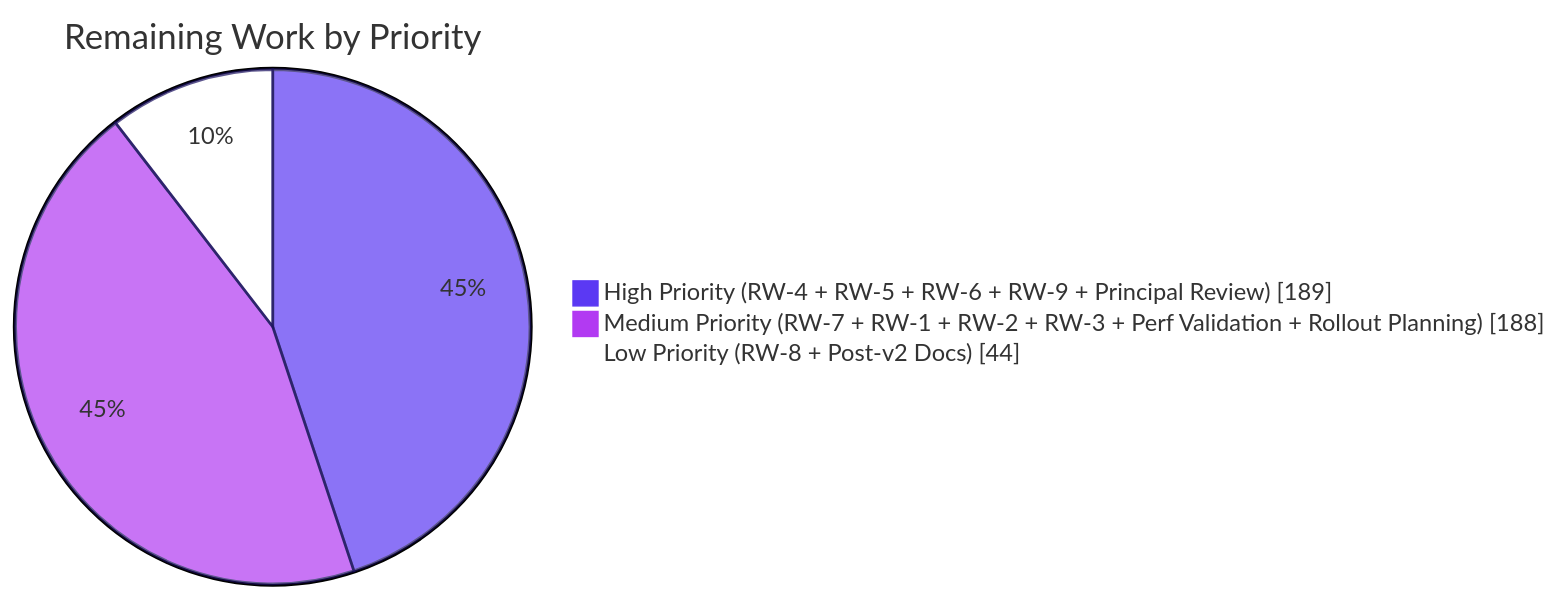
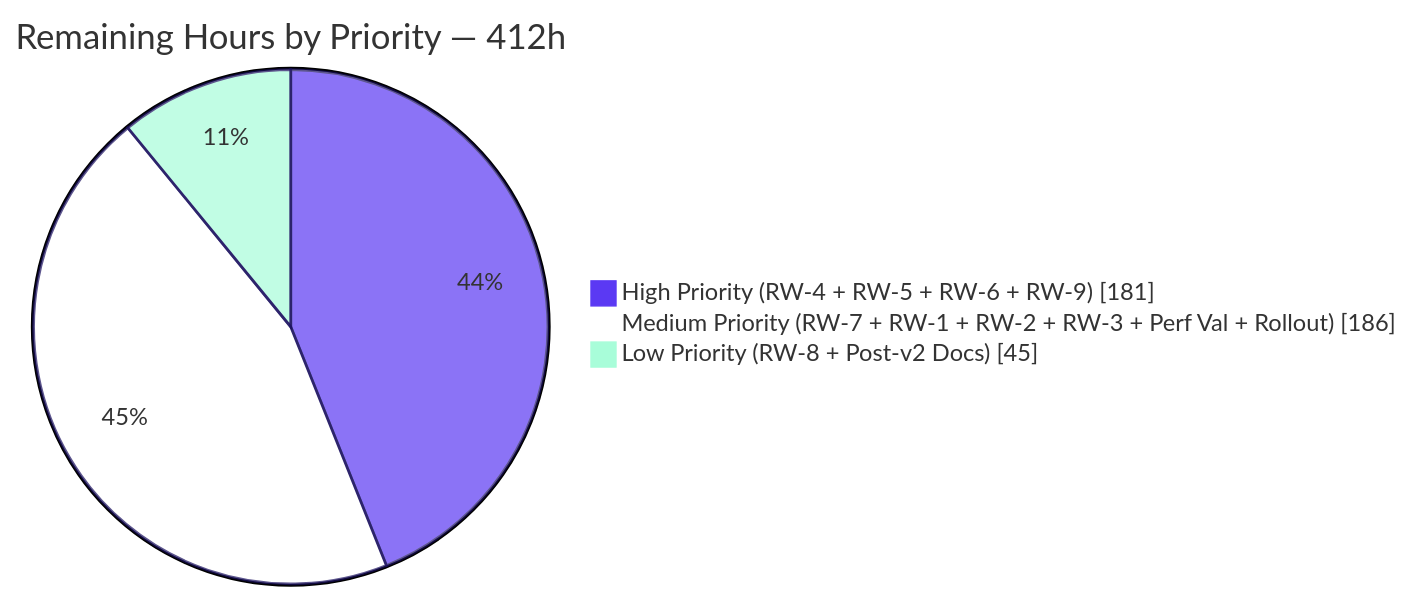
The fourth of 5 diagrams in blitzy/documentation/Project Guide.md (Blitzy-Sandbox/blitzy-spark), drawn with Mermaid before and after one commit. The commit also changed other lines of this file, not shown here.

Commit message:
Adding Blitzy Project Guide: Project Status and Human Tasks Remaining

````diff
--- a/blitzy/documentation/Project Guide.md
+++ b/blitzy/documentation/Project Guide.md
@@ -270,7 +293,7 @@
 ```mermaid
-%%{init: {'theme':'base', 'themeVariables': { 'pie1': '#5B39F3', 'pie2': '#B23AF2', 'pie3': '#FFFFFF', 'pieStrokeColor': '#1A105F'}}}%%
-pie showData title Remaining Work by Priority
-    "High Priority (RW-4 + RW-5 + RW-6 + RW-9 + Principal Review)" : 189
-    "Medium Priority (RW-7 + RW-1 + RW-2 + RW-3 + Perf Validation + Rollout Planning)" : 188
-    "Low Priority (RW-8 + Post-v2 Docs)" : 44
+%%{init: {'theme':'base', 'themeVariables': { 'pie1': '#5B39F3', 'pie2': '#FFFFFF', 'pie3': '#A8FDD9', 'pieStrokeColor': '#1A105F'}}}%%
+pie showData title Remaining Hours by Priority — 412h
+    "High Priority (RW-4 + RW-5 + RW-6 + RW-9)" : 181
+    "Medium Priority (RW-7 + RW-1 + RW-2 + RW-3 + Perf Val + Rollout)" : 186
+    "Low Priority (RW-8 + Post-v2 Docs)" : 45
 ```
````
